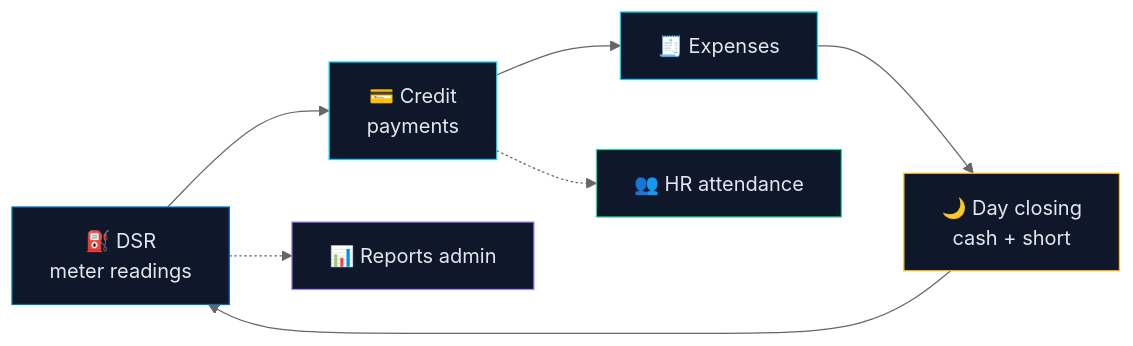
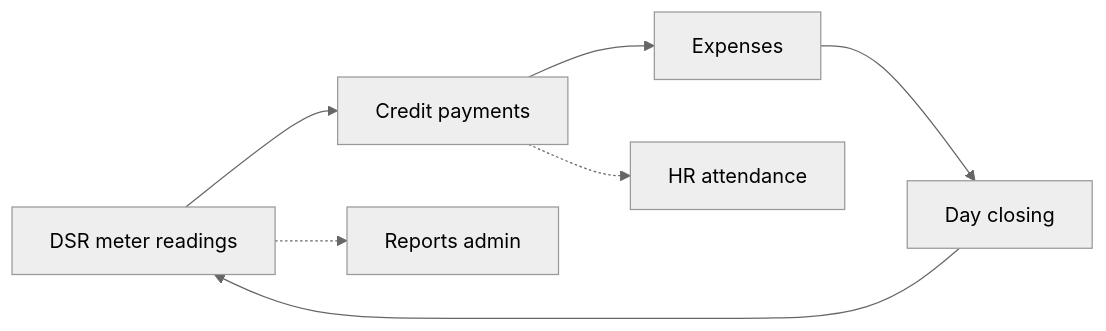
The fourth of 7 diagrams in docs/README.md (fnsventures/petrolpump), drawn with Mermaid (neutral theme) before and after one commit. The commit also changed other lines of this file and 3 other files, not shown here.

````diff
--- a/docs/README.md
+++ b/docs/README.md
@@ -289,15 +277,9 @@
 ```mermaid
 flowchart LR
-  DSR["⛽ DSR<br/>meter readings"] --> CR["💳 Credit<br/>payments"]
-  CR --> EX["🧾 Expenses"]
-  EX --> DC["🌙 Day closing<br/>cash + short"]
+  DSR["DSR meter readings"] --> CR["Credit payments"]
+  CR --> EX["Expenses"]
+  EX --> DC["Day closing"]
   DC --> DSR
-  DSR -.-> RP["📊 Reports admin"]
-  CR -.-> HR["👥 HR attendance"]
-  style DSR fill:#0f172a,stroke:#0070c0,color:#e2e8f0
-  style CR fill:#0f172a,stroke:#00d4ff,color:#e2e8f0
-  style EX fill:#0f172a,stroke:#00d4ff,color:#e2e8f0
-  style DC fill:#0f172a,stroke:#fbbf24,color:#e2e8f0
-  style RP fill:#0f172a,stroke:#a78bfa,color:#e2e8f0
-  style HR fill:#0f172a,stroke:#34d399,color:#e2e8f0
+  DSR -.-> RP["Reports admin"]
+  CR -.-> HR["HR attendance"]
 ```
````
